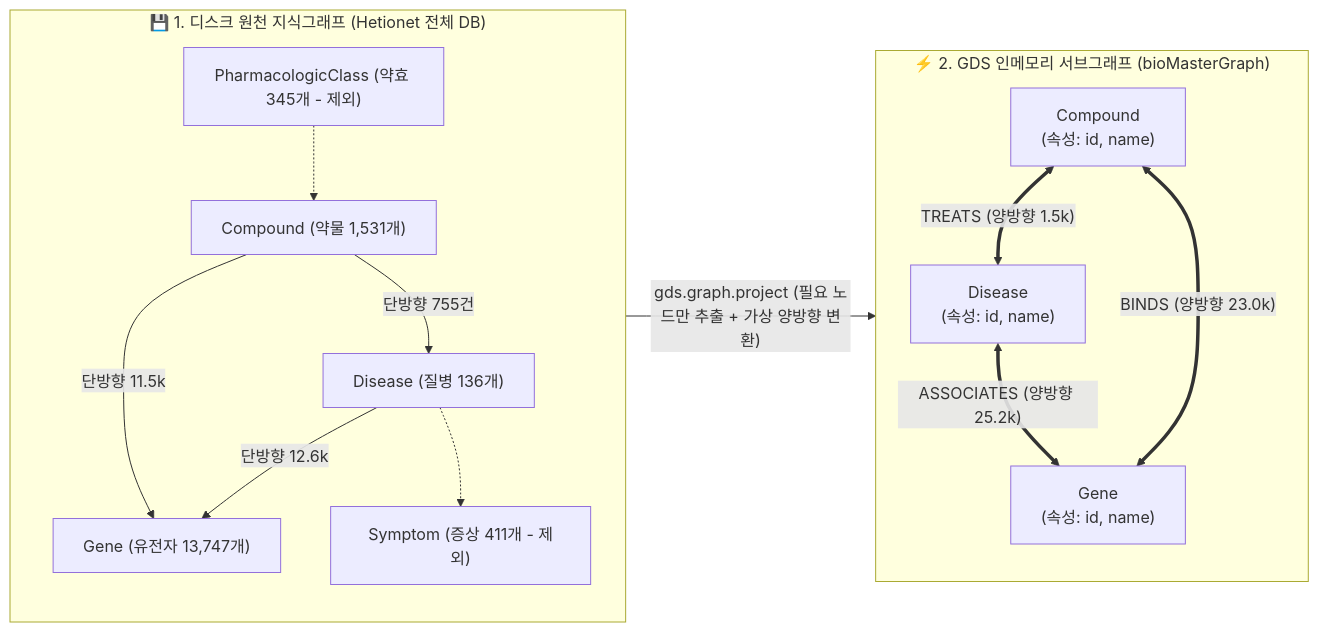
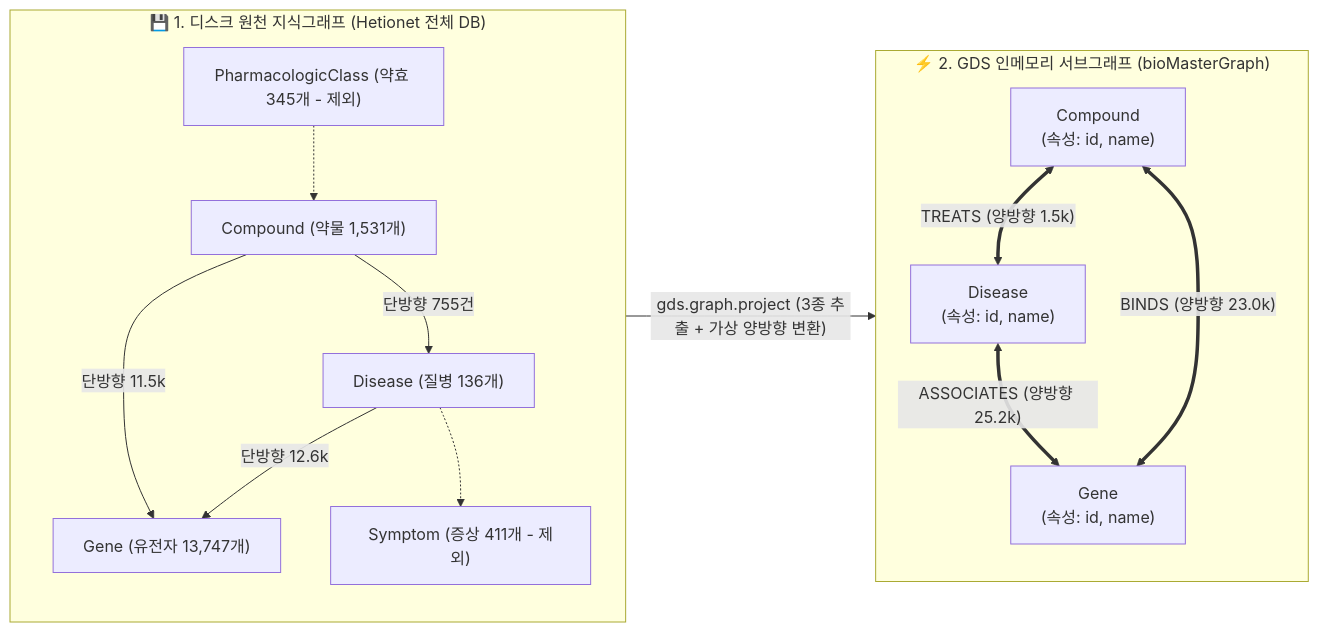
The diagram in 내작업폴더/day33_GDS_투영_중심성/00_Day33_GDS_알고리즘_및_투영_스키마_마스터_명세서.md (mycar4/enkoa-practice-knowledge-graph), drawn with Mermaid before and after one commit. The commit also changed other lines of this file, not shown here.

Commit message:
docs(day33): fully restore and expand all Cypher source-level queries across all GDS algorithms

````diff
--- a/내작업폴더/day33_GDS_투영_중심성/00_Day33_GDS_알고리즘_및_투영_스키마_마스터_명세서.md
+++ b/내작업폴더/day33_GDS_투영_중심성/00_Day33_GDS_알고리즘_및_투영_스키마_마스터_명세서.md
@@ -11,30 +11,30 @@
 ```mermaid
 flowchart LR
     subgraph RawDB ["💾 1. 디스크 원천 지식그래프 (Hetionet 전체 DB)"]
         direction TB
         N1["Disease (질병 136개)"]
         N2["Gene (유전자 13,747개)"]
         N3["Compound (약물 1,531개)"]
         N4["Symptom (증상 411개 - 제외)"]
         N5["PharmacologicClass (약효 345개 - 제외)"]
         
         N1 -- "단방향 12.6k" --> N2
         N3 -- "단방향 11.5k" --> N2
         N3 -- "단방향 755건" --> N1
         N5 -.-> N3
         N1 -.-> N4
     end
 
     subgraph Subgraph ["⚡ 2. GDS 인메모리 서브그래프 (bioMasterGraph)"]
         direction TB
         SN1["Disease\n(속성: id, name)"]
         SN2["Gene\n(속성: id, name)"]
         SN3["Compound\n(속성: id, name)"]
         
         SN1 <== "ASSOCIATES (양방향 25.2k)" ==> SN2
         SN3 <== "BINDS (양방향 23.0k)" ==> SN2
         SN3 <== "TREATS (양방향 1.5k)" ==> SN1
     end
 
-    RawDB -- "gds.graph.project (필요 노드만 추출 + 가상 양방향 변환)" --> Subgraph
+    RawDB -- "gds.graph.project (3종 추출 + 가상 양방향 변환)" --> Subgraph
 ```
````
